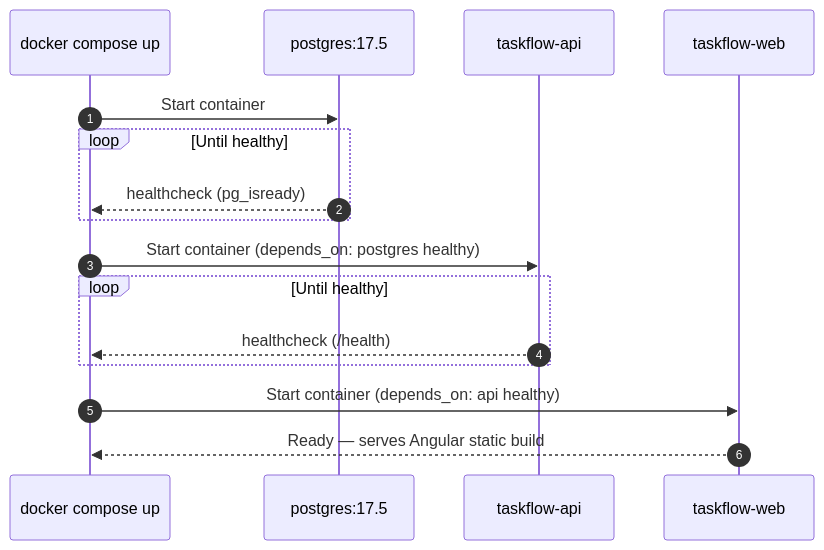
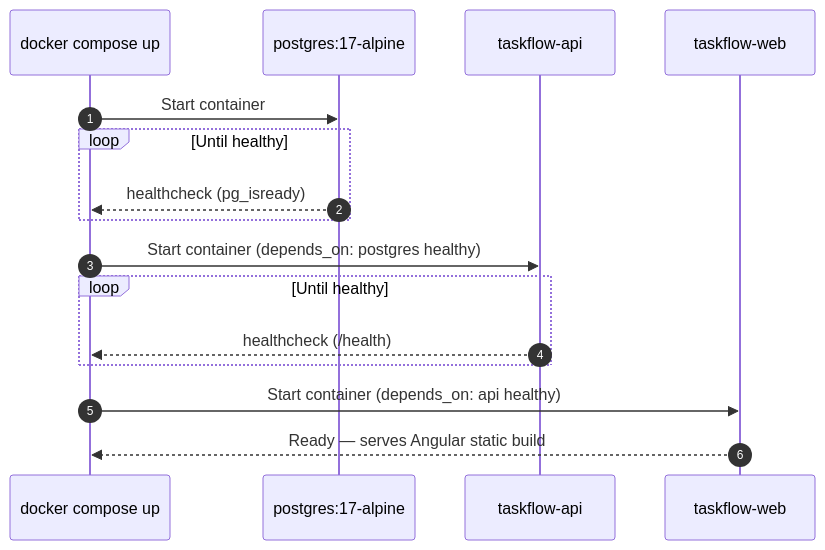
One commit to virgenherrera/Ballast-Lane-code_challenge changed the second of 2 diagrams in docs/user-stories/US-013-docker-compose-environment.md. Above: the diagram before and after it, drawn with Mermaid. The commit also changed other lines of this file and 55 other files, not shown here.

````diff
--- a/docs/user-stories/US-013-docker-compose-environment.md
+++ b/docs/user-stories/US-013-docker-compose-environment.md
@@ -47,20 +47,20 @@
 ```mermaid
 %% Startup order — postgres must be healthy before api, api healthy before web
 sequenceDiagram
     autonumber
     participant Compose as docker compose up
-    participant PG as postgres:17.5
+    participant PG as postgres:17-alpine
     participant API as taskflow-api
     participant WEB as taskflow-web
 
     Compose ->> PG: Start container
     loop Until healthy
         PG -->> Compose: healthcheck (pg_isready)
     end
     Compose ->> API: Start container (depends_on: postgres healthy)
     loop Until healthy
         API -->> Compose: healthcheck (/health)
     end
     Compose ->> WEB: Start container (depends_on: api healthy)
     WEB -->> Compose: Ready — serves Angular static build
 ```
````
